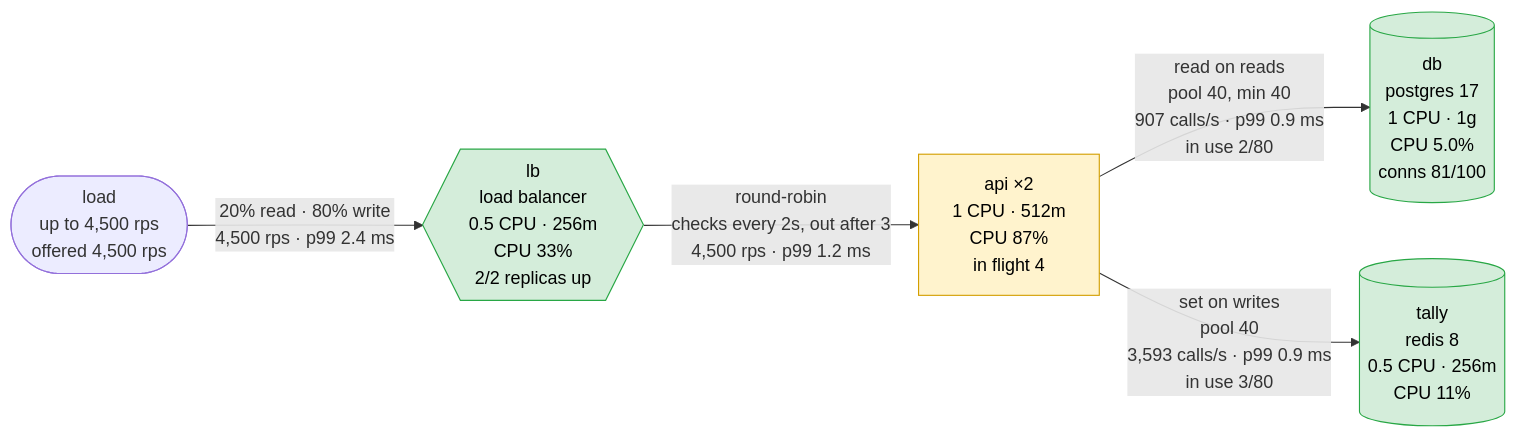
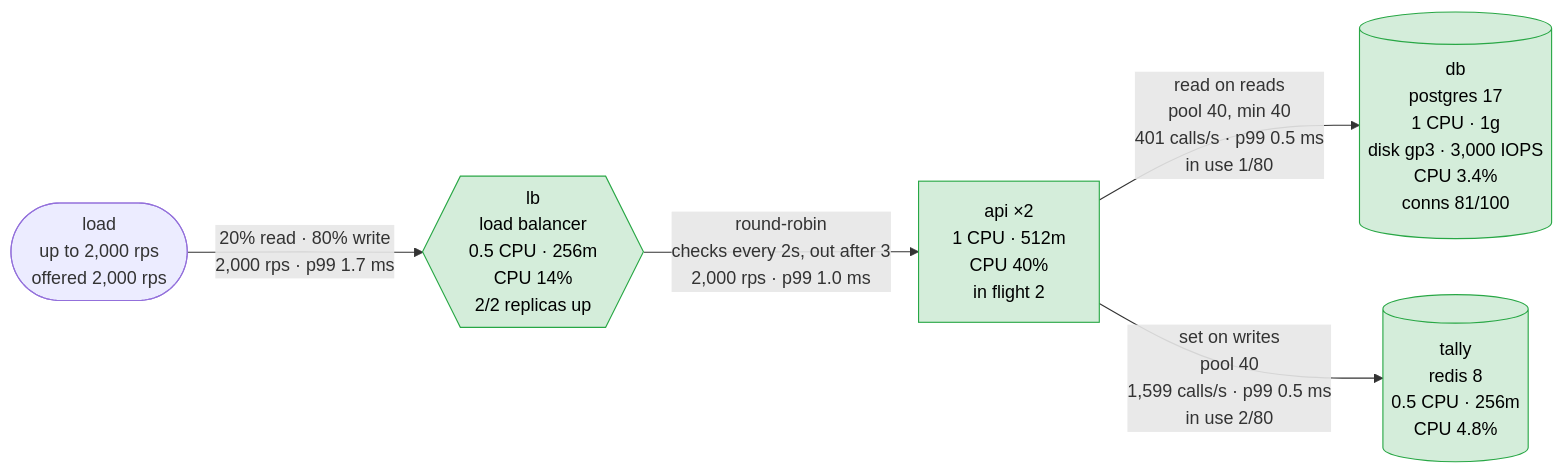
Before and after one commit to akinfemi/load-lore: the first of 5 diagrams in scenarios/live-vote/solutions/redis-tally/report.md, drawn with Mermaid. The commit also changed other lines of this file and 125 other files, not shown here.

````diff
--- a/scenarios/live-vote/solutions/redis-tally/report.md
+++ b/scenarios/live-vote/solutions/redis-tally/report.md
@@ -15,17 +17,16 @@
 ```mermaid
 flowchart LR
-    load(["load<br/>up to 4,500 rps<br/>offered 4,500 rps"])
-    lb{{"lb<br/>load balancer<br/>0.5 CPU · 256m<br/>CPU 33%<br/>2/2 replicas up"}}
-    api["api ×2<br/>1 CPU · 512m<br/>CPU 87%<br/>in flight 4"]
-    db[("db<br/>postgres 17<br/>1 CPU · 1g<br/>CPU 5.0%<br/>conns 81/100")]
-    tally[("tally<br/>redis 8<br/>0.5 CPU · 256m<br/>CPU 11%")]
-    load -->|"20% read · 80% write<br/>4,500 rps · p99 2.4 ms"| lb
-    lb -->|"round-robin<br/>checks every 2s, out after 3<br/>4,500 rps · p99 1.2 ms"| api
-    api -->|"read on reads<br/>pool 40, min 40<br/>907 calls/s · p99 0.9 ms<br/>in use 2/80"| db
-    api -->|"set on writes<br/>pool 40<br/>3,593 calls/s · p99 0.9 ms<br/>in use 3/80"| tally
+    load(["load<br/>up to 2,000 rps<br/>offered 2,000 rps"])
+    lb{{"lb<br/>load balancer<br/>0.5 CPU · 256m<br/>CPU 14%<br/>2/2 replicas up"}}
+    api["api ×2<br/>1 CPU · 512m<br/>CPU 40%<br/>in flight 2"]
+    db[("db<br/>postgres 17<br/>1 CPU · 1g<br/>disk gp3 · 3,000 IOPS<br/>CPU 3.4%<br/>conns 81/100")]
+    tally[("tally<br/>redis 8<br/>0.5 CPU · 256m<br/>CPU 4.8%")]
+    load -->|"20% read · 80% write<br/>2,000 rps · p99 1.7 ms"| lb
+    lb -->|"round-robin<br/>checks every 2s, out after 3<br/>2,000 rps · p99 1.0 ms"| api
+    api -->|"read on reads<br/>pool 40, min 40<br/>401 calls/s · p99 0.5 ms<br/>in use 1/80"| db
+    api -->|"set on writes<br/>pool 40<br/>1,599 calls/s · p99 0.5 ms<br/>in use 2/80"| tally
     classDef ok fill:#d4edda,stroke:#28a745,color:#000
     classDef warm fill:#fff3cd,stroke:#d39e00,color:#000
     classDef hot fill:#f8d7da,stroke:#dc3545,color:#000
-    class lb,db,tally ok
-    class api warm
+    class lb,api,db,tally ok
 ```
````
